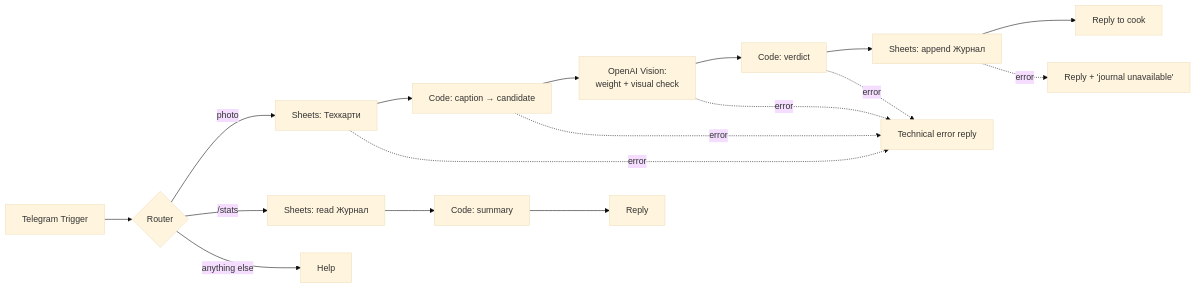
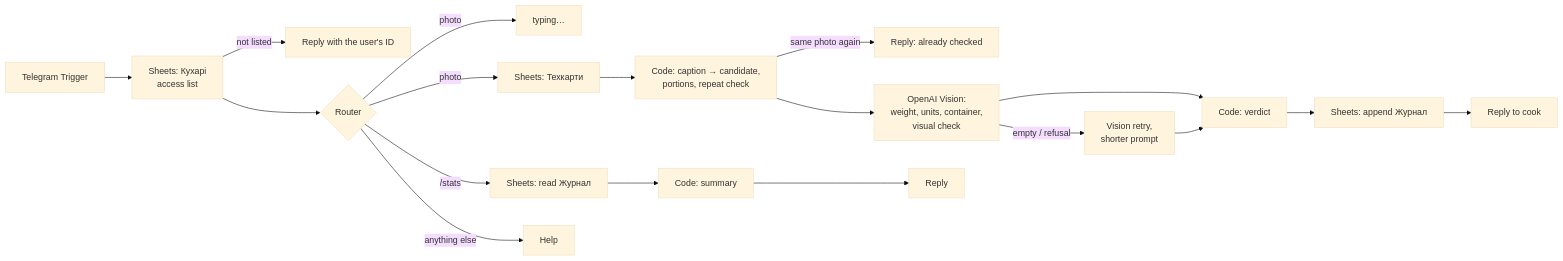
The diagram in README.md (deronmose/sushi-qc-bot), drawn with Mermaid (base theme) before and after one commit. The commit also changed other lines of this file and 12 other files, not shown here.

````diff
--- a/README.md
+++ b/README.md
@@ -16,17 +16,17 @@
 ```mermaid
 flowchart LR
-  TG[Telegram Trigger] --> R{Router}
+  TG[Telegram Trigger] --> K[Sheets: Кухарі<br/>access list]
+  K -- not listed --> NA[Reply with the user's ID]
+  K --> R{Router}
+  R -- photo --> T[typing…]
   R -- photo --> TC[Sheets: Техкарти]
-  TC --> M[Code: caption → candidate]
-  M --> V[OpenAI Vision:<br/>weight + visual check]
+  TC --> M[Code: caption → candidate,<br/>portions, repeat check]
+  M -- same photo again --> DUP[Reply: already checked]
+  M --> V[OpenAI Vision:<br/>weight, units, container,<br/>visual check]
+  V -- empty / refusal --> V2[Vision retry,<br/>shorter prompt]
   V --> D[Code: verdict]
-  D --> J[Sheets: append Журнал]
-  J --> A[Reply to cook]
+  V2 --> D
+  D --> J[Sheets: append Журнал] --> A[Reply to cook]
   R -- /stats --> JR[Sheets: read Журнал] --> S[Code: summary] --> AS[Reply]
   R -- anything else --> H[Help]
-  TC -. error .-> E[Technical error reply]
-  M -. error .-> E
-  V -. error .-> E
-  D -. error .-> E
-  J -. error .-> AN[Reply + 'journal unavailable']
 ```
````
